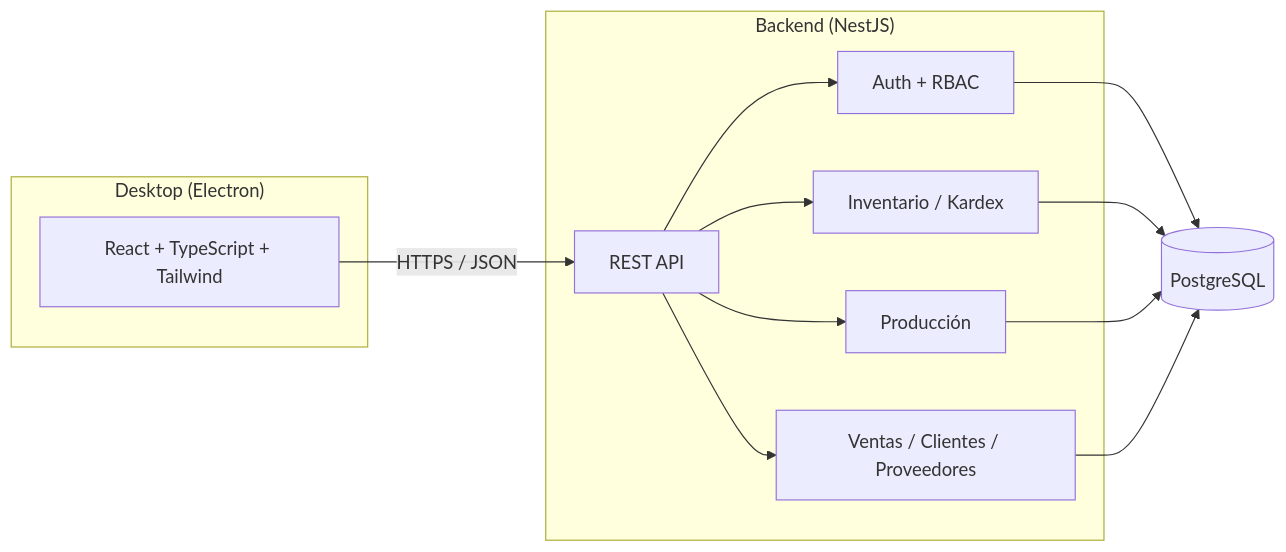
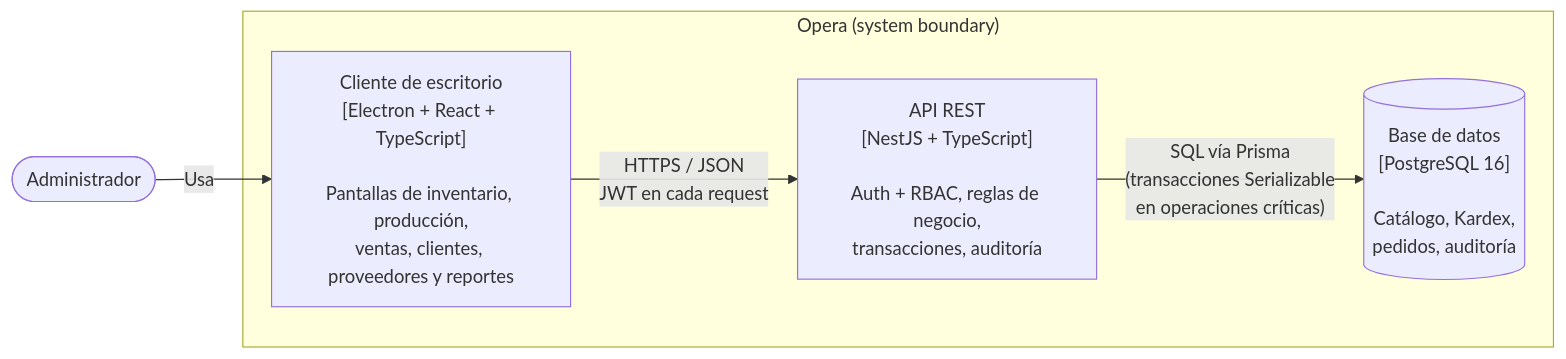
One commit to TomasPosada0626/opera changed the second of 2 diagrams in README.md. Above: the diagram before and after it, drawn with Mermaid. The commit also changed other lines of this file, not shown here.

Commit message:
docs(readme): diagrama C4 de contexto y contenedores (#61)

````diff
--- a/README.md
+++ b/README.md
@@ -62,26 +84,14 @@
 ```mermaid
 flowchart LR
-    subgraph Cliente["Desktop (Electron)"]
-        UI["React + TypeScript + Tailwind"]
+    Admin(["Administrador"])
+
+    subgraph Opera["Opera (system boundary)"]
+        Desktop["Cliente de escritorio<br/>[Electron + React + TypeScript]<br/><br/>Pantallas de inventario, producción,<br/>ventas, clientes, proveedores y reportes"]
+        API["API REST<br/>[NestJS + TypeScript]<br/><br/>Auth + RBAC, reglas de negocio,<br/>transacciones, auditoría"]
+        DB[("Base de datos<br/>[PostgreSQL 16]<br/><br/>Catálogo, Kardex,<br/>pedidos, auditoría")]
     end
 
-    subgraph Servidor["Backend (NestJS)"]
-        API["REST API"]
-        Auth["Auth + RBAC"]
-        Inv["Inventario / Kardex"]
-        Prod["Producción"]
-        Ventas["Ventas / Clientes / Proveedores"]
-    end
-
-    DB[("PostgreSQL")]
-
-    UI -- "HTTPS / JSON" --> API
-    API --> Auth
-    API --> Inv
-    API --> Prod
-    API --> Ventas
-    Auth --> DB
-    Inv --> DB
-    Prod --> DB
-    Ventas --> DB
+    Admin -- "Usa" --> Desktop
+    Desktop -- "HTTPS / JSON<br/>JWT en cada request" --> API
+    API -- "SQL vía Prisma<br/>(transacciones Serializable<br/>en operaciones críticas)" --> DB
 ```
````
